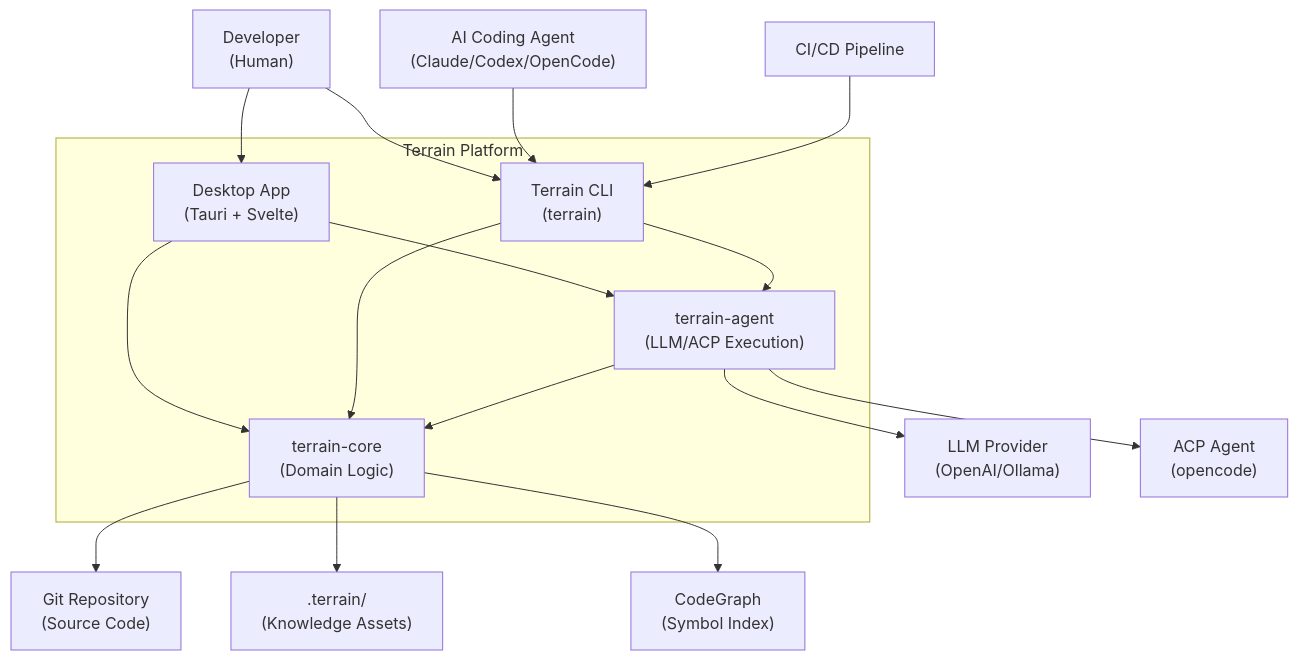
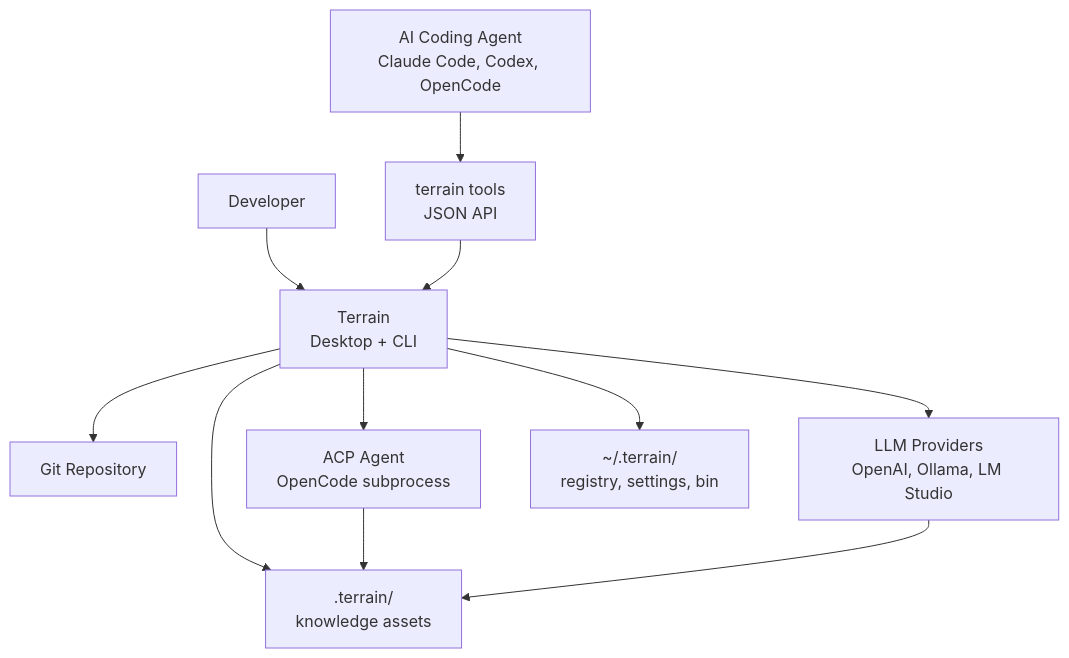
One commit to sopaco/terrain changed the diagram in .terrain/human/1.Overview.md. Above: the diagram before and after it, drawn with Mermaid. The commit also changed other lines of this file and 12 other files, not shown here.

Commit message:
update terrain assets

````diff
--- a/.terrain/human/1.Overview.md
+++ b/.terrain/human/1.Overview.md
@@ -25,34 +25,13 @@
 ```mermaid
 graph TB
-    Dev["Developer<br/>(Human)"]
-    Agent["AI Coding Agent<br/>(Claude/Codex/OpenCode)"]
-    CI["CI/CD Pipeline"]
-
-    subgraph TerrainSystem["Terrain Platform"]
-        Desktop["Desktop App<br/>(Tauri + Svelte)"]
-        CLI["Terrain CLI<br/>(terrain)"]
-        Core["terrain-core<br/>(Domain Logic)"]
-        Exec["terrain-agent<br/>(LLM/ACP Execution)"]
-    end
-
-    Git["Git Repository<br/>(Source Code)"]
-    TerrainDir[".terrain/<br/>(Knowledge Assets)"]
-    LLM["LLM Provider<br/>(OpenAI/Ollama)"]
-    ACPAgent["ACP Agent<br/>(opencode)"]
-    CodeGraph["CodeGraph<br/>(Symbol Index)"]
-
-    Dev --> Desktop
-    Dev --> CLI
-    Agent --> CLI
-    CI --> CLI
-    Desktop --> Core
-    Desktop --> Exec
-    CLI --> Core
-    CLI --> Exec
-    Exec --> Core
-    Exec --> LLM
-    Exec --> ACPAgent
-    Core --> Git
-    Core --> TerrainDir
-    Core --> CodeGraph
+    Dev["Developer"] --> Terrain["Terrain<br/>Desktop + CLI"]
+    Agent["AI Coding Agent<br/>Claude Code, Codex, OpenCode"] --> Tools["terrain tools<br/>JSON API"]
+    Tools --> Terrain
+    Terrain --> Git["Git Repository"]
+    Terrain --> TerrainDir[".terrain/<br/>knowledge assets"]
+    Terrain --> LLM["LLM Providers<br/>OpenAI, Ollama, LM Studio"]
+    Terrain --> ACP["ACP Agent<br/>OpenCode subprocess"]
+    ACP --> TerrainDir
+    LLM --> TerrainDir
+    Terrain --> HomeDir["~/.terrain/<br/>registry, settings, bin"]
 ```
````
